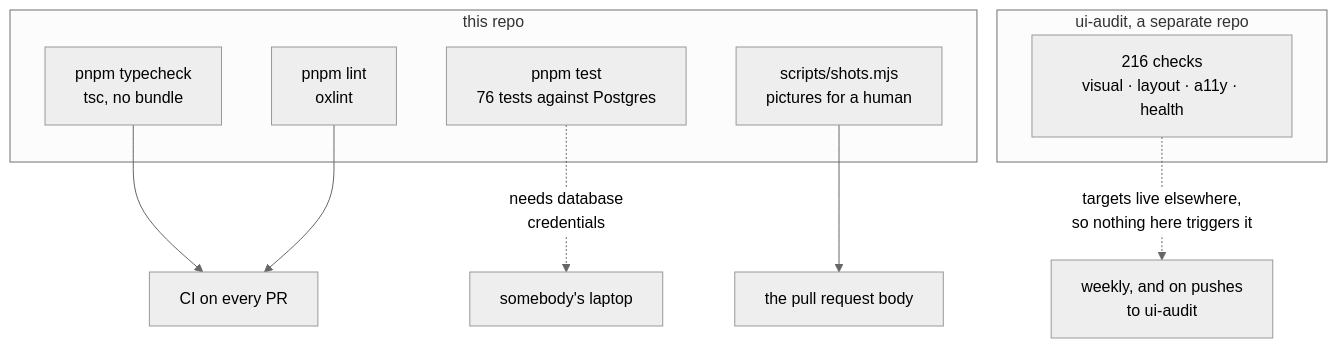
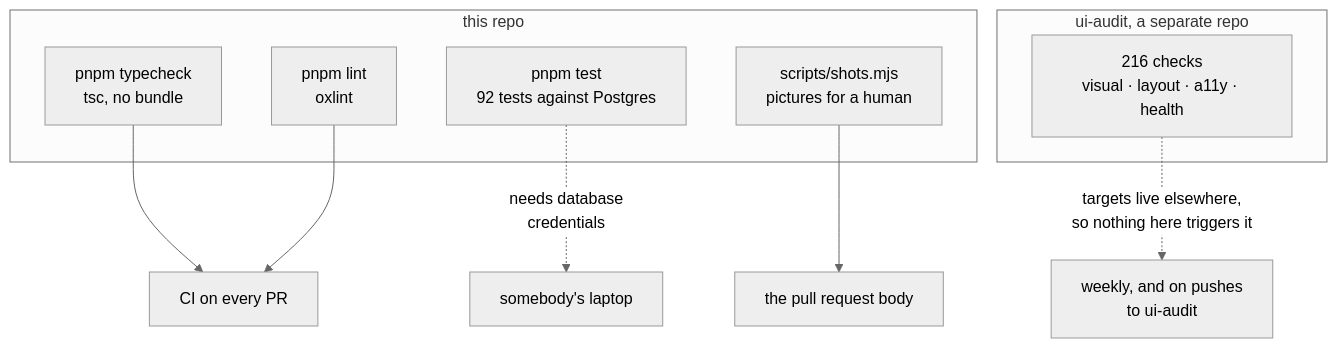
One commit to minormending/restroom-map changed the first of 3 diagrams in docs/testing.md. Above: the diagram before and after it, drawn with Mermaid (neutral theme). The commit also changed other lines of this file and 1 other file, not shown here.

First line of the commit message:
The suite is 92 tests in nine suites, and the queue is not only ours

````diff
--- a/docs/testing.md
+++ b/docs/testing.md
@@ -6,19 +6,19 @@
 ```mermaid
 graph TB
     subgraph repo["this repo"]
         types["pnpm typecheck<br/>tsc, no bundle"]
         lint["pnpm lint<br/>oxlint"]
-        db["pnpm test<br/>76 tests against Postgres"]
+        db["pnpm test<br/>92 tests against Postgres"]
         shots["scripts/shots.mjs<br/>pictures for a human"]
     end
 
     subgraph other["ui-audit, a separate repo"]
         audit["216 checks<br/>visual · layout · a11y · health"]
     end
 
     types --> ci["CI on every PR"]
     lint --> ci
     db -.->|"needs database<br/>credentials"| laptop["somebody's laptop"]
     audit -.->|"targets live elsewhere,<br/>so nothing here triggers it"| weekly["weekly, and on pushes<br/>to ui-audit"]
     shots --> pr["the pull request body"]
 ```
````
